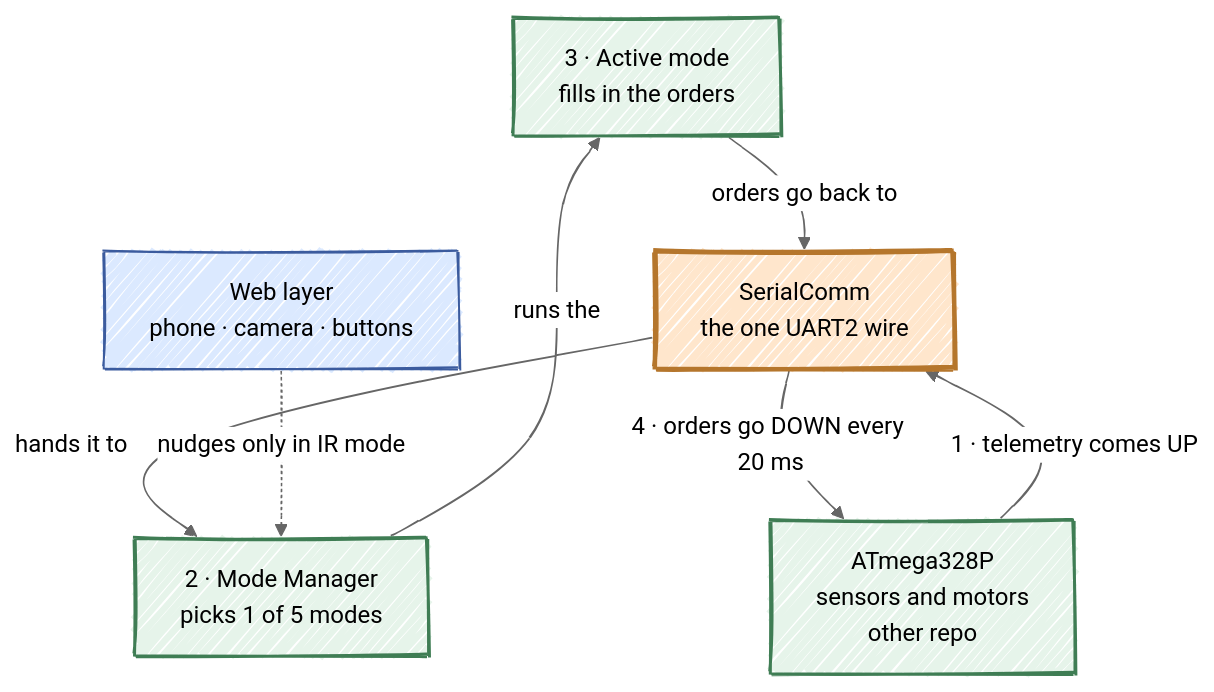
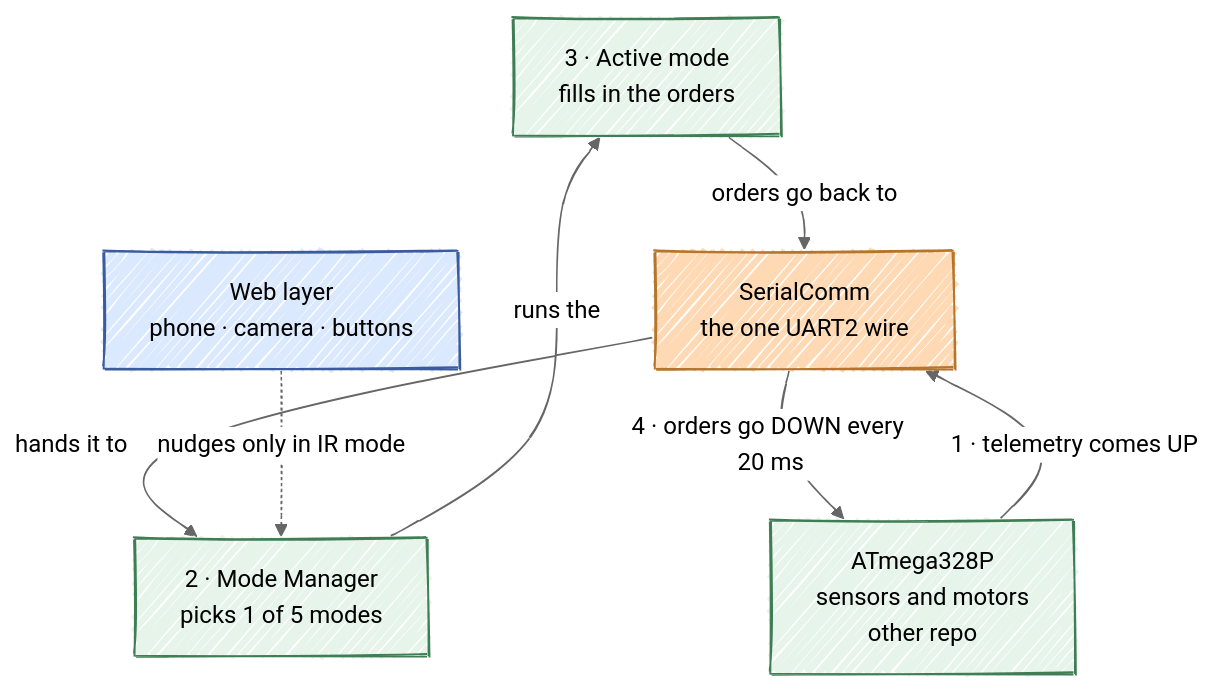
One commit to Adc-alt/elegoo-smartcar-firmware-esp32-s3 changed the diagram in README.md. Above: the diagram before and after it, drawn with Mermaid.

Commit message:
docs: drop stroke-width from mermaid styles (GitHub parser rejects it)

````diff
--- a/README.md
+++ b/README.md
@@ -129,26 +129,26 @@
 ```mermaid
 ---
 config:
   look: handDrawn
   theme: neutral
 ---
 flowchart TB
     MODES["3 · Active mode<br/>fills in the orders"]
     BRAIN["2 · Mode Manager<br/>picks 1 of 5 modes"]
     SER["SerialComm<br/>the one UART2 wire"]
     ATM["ATmega328P<br/>sensors and motors<br/>other repo"]
     WEB["Web layer<br/>phone · camera · buttons"]
 
     ATM -->|"1 · telemetry comes UP"| SER
     SER -->|"hands it to"| BRAIN
     BRAIN -->|"runs the"| MODES
     MODES -->|"orders go back to"| SER
     SER -->|"4 · orders go DOWN every 20 ms"| ATM
     WEB -.->|"nudges only in IR mode"| BRAIN
 
-    style ATM fill:#e6f4ea,stroke:#3f7d54,stroke-width:2px
-    style SER fill:#ffe6cc,stroke:#b5762c,stroke-width:3px
-    style BRAIN fill:#e6f4ea,stroke:#3f7d54,stroke-width:2px
-    style MODES fill:#e6f4ea,stroke:#3f7d54,stroke-width:2px
+    style ATM fill:#e6f4ea,stroke:#3f7d54
+    style SER fill:#ffd9b3,stroke:#b5762c
+    style BRAIN fill:#e6f4ea,stroke:#3f7d54
+    style MODES fill:#e6f4ea,stroke:#3f7d54
     style WEB fill:#dbe9ff,stroke:#3b5b9e
 ```
````
